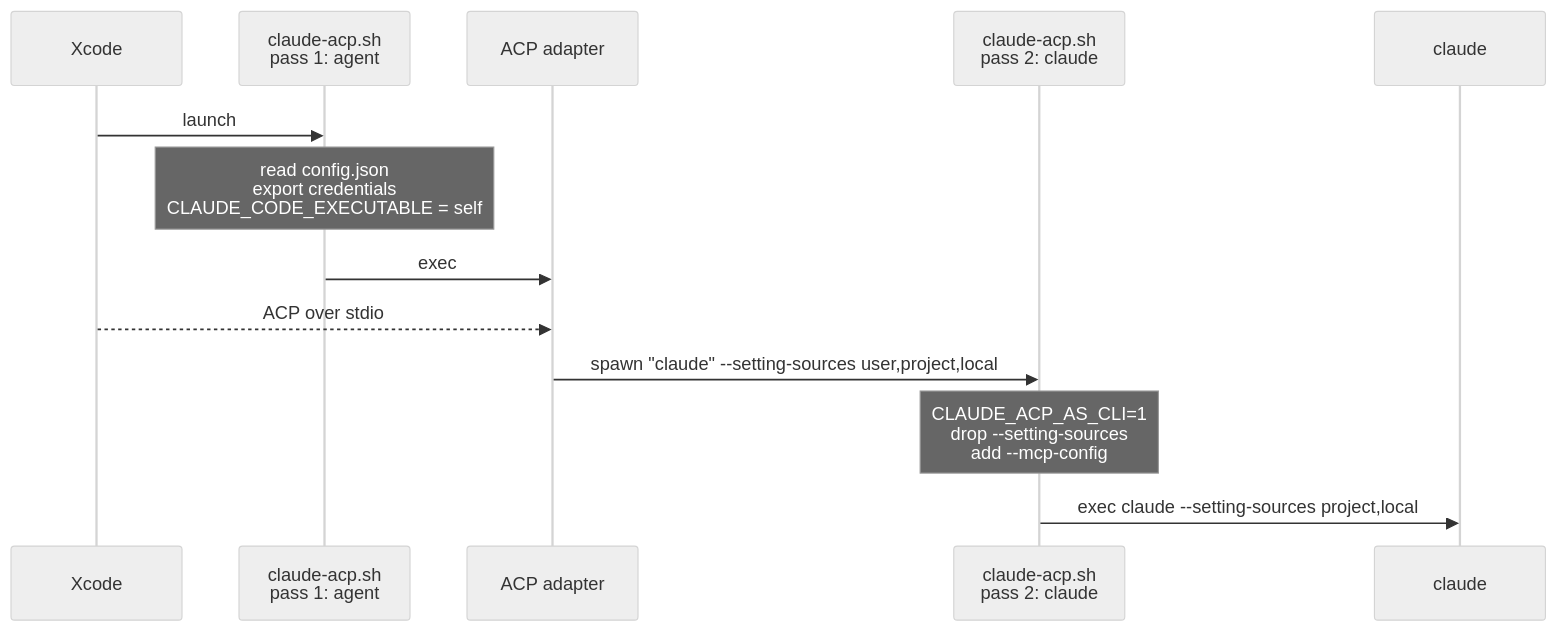
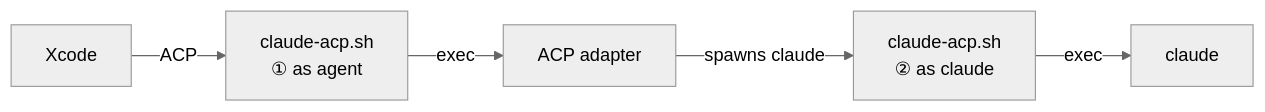
One commit to yusuke-114/claude-xcode-agent changed the diagram in README.md. Above: the diagram before and after it, drawn with Mermaid (neutral theme). The commit also changed other lines of this file, not shown here.

````diff
--- a/README.md
+++ b/README.md
@@ -14,16 +14,7 @@
 ```mermaid
-sequenceDiagram
-    participant X as Xcode
-    participant S1 as claude-acp.sh<br/>pass 1: agent
-    participant A as ACP adapter
-    participant S2 as claude-acp.sh<br/>pass 2: claude
-    participant C as claude
-
-    X->>S1: launch
-    Note over S1: read config.json<br/>export credentials<br/>CLAUDE_CODE_EXECUTABLE = self
-    S1->>A: exec
-    X-->>A: ACP over stdio
-    A->>S2: spawn "claude" --setting-sources user,project,local
-    Note over S2: CLAUDE_ACP_AS_CLI=1<br/>drop --setting-sources<br/>add --mcp-config
-    S2->>C: exec claude --setting-sources project,local
+flowchart LR
+    X[Xcode] -- ACP --> S1["claude-acp.sh<br/>① as agent"]
+    S1 -- exec --> A[ACP adapter]
+    A -- "spawns claude" --> S2["claude-acp.sh<br/>② as claude"]
+    S2 -- exec --> C[claude]
 ```
````
